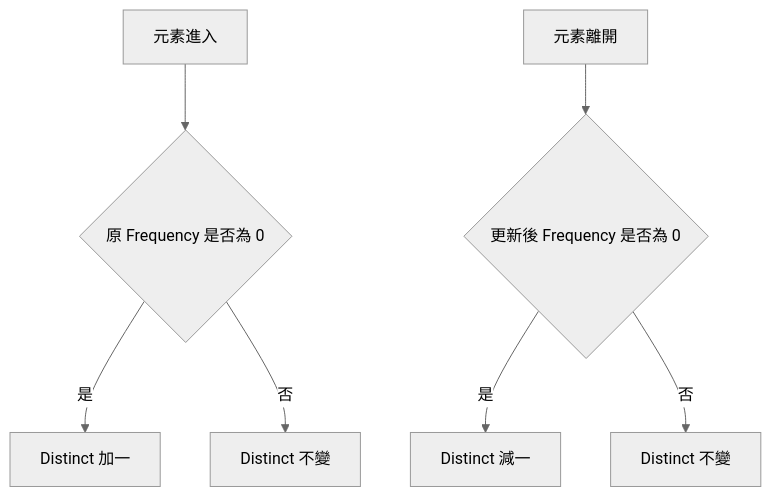
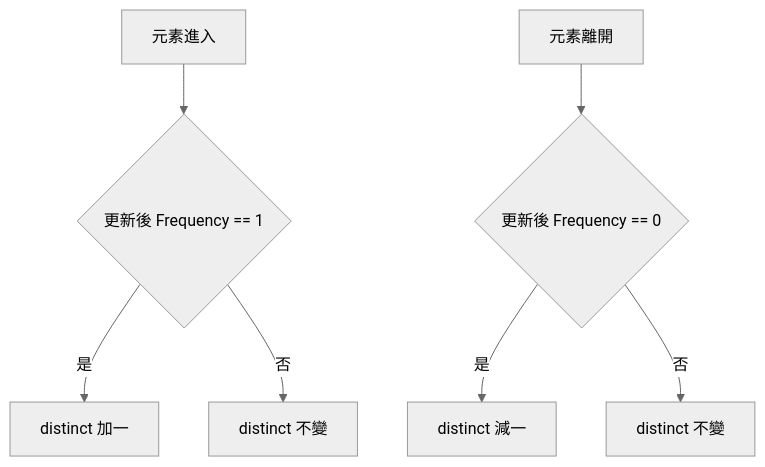
The tenth of 12 diagrams in 03_core_patterns/13_sliding_window.md (davidchen0970/algorithm_note), drawn with Mermaid (neutral theme) before and after one commit. The commit also changed other lines of this file, not shown here.

````diff
--- a/03_core_patterns/13_sliding_window.md
+++ b/03_core_patterns/13_sliding_window.md
@@ -577,9 +642,9 @@
 ```mermaid
 flowchart TD
-    A[元素進入] --> B{原 Frequency 是否為 0}
-    B -->|是| C[Distinct 加一]
-    B -->|否| D[Distinct 不變]
-    E[元素離開] --> F{更新後 Frequency 是否為 0}
-    F -->|是| G[Distinct 減一]
-    F -->|否| H[Distinct 不變]
+    A["元素進入"] --> B{"更新後 Frequency == 1"}
+    B -->|是| C["distinct 加一"]
+    B -->|否| D["distinct 不變"]
+    E["元素離開"] --> F{"更新後 Frequency == 0"}
+    F -->|是| G["distinct 減一"]
+    F -->|否| H["distinct 不變"]
 ```
````
